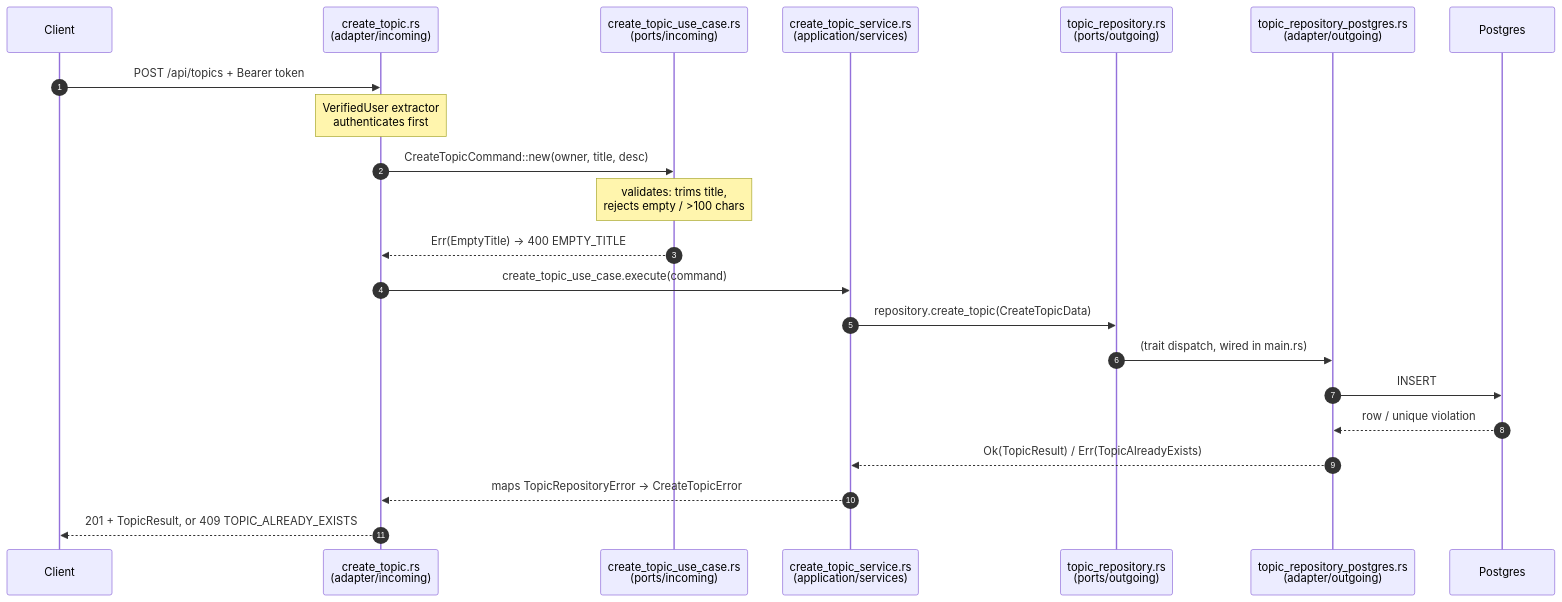
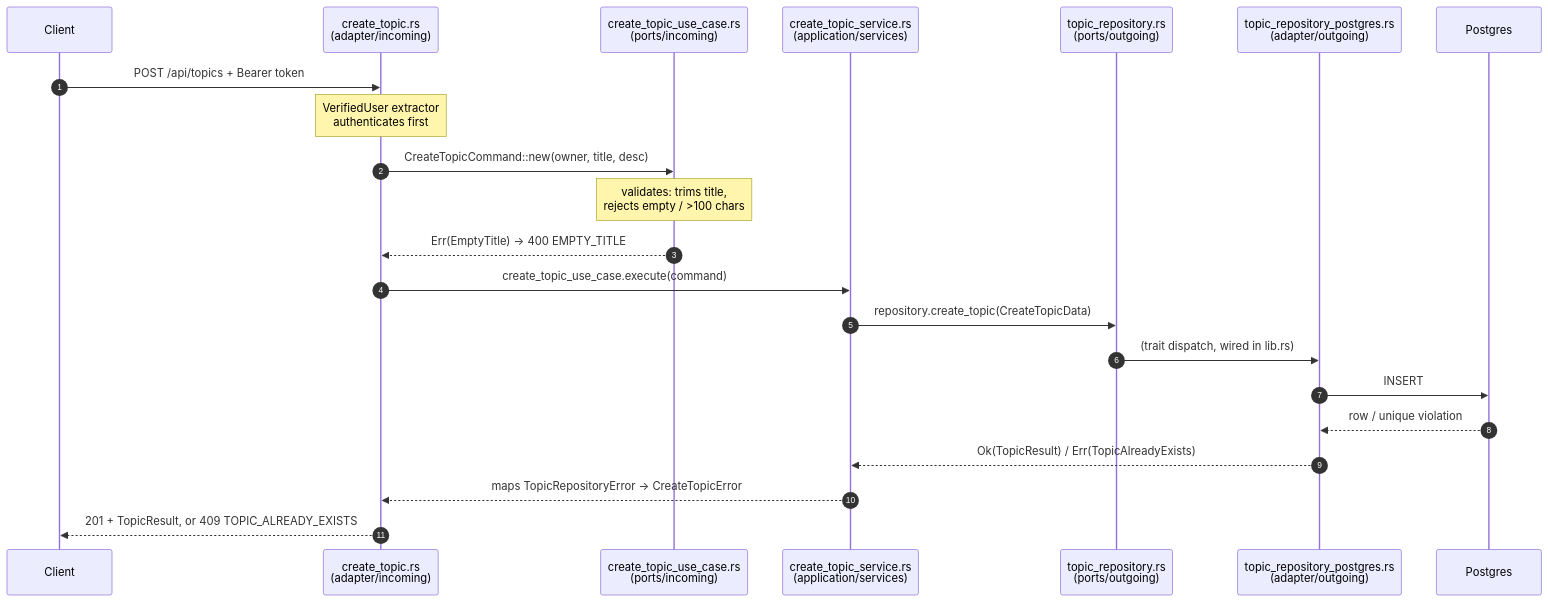
One commit to eklemis/port_blog_cms changed the second of 3 diagrams in backend_actix/docs/ARCHITECTURE.md. Above: the diagram before and after it, drawn with Mermaid. The commit also changed other lines of this file and 44 other files, not shown here.

````diff
--- a/backend_actix/docs/ARCHITECTURE.md
+++ b/backend_actix/docs/ARCHITECTURE.md
@@ -143,25 +145,25 @@
 ```mermaid
 sequenceDiagram
     autonumber
     participant C as Client
     participant R as create_topic.rs<br/>(adapter/incoming)
     participant P as create_topic_use_case.rs<br/>(ports/incoming)
     participant S as create_topic_service.rs<br/>(application/services)
     participant O as topic_repository.rs<br/>(ports/outgoing)
     participant A as topic_repository_postgres.rs<br/>(adapter/outgoing)
     participant DB as Postgres
 
     C->>R: POST /api/topics + Bearer token
     Note over R: VerifiedUser extractor<br/>authenticates first
     R->>P: CreateTopicCommand::new(owner, title, desc)
     Note over P: validates: trims title,<br/>rejects empty / >100 chars
     P-->>R: Err(EmptyTitle) → 400 EMPTY_TITLE
     R->>S: create_topic_use_case.execute(command)
     S->>O: repository.create_topic(CreateTopicData)
-    O->>A: (trait dispatch, wired in main.rs)
+    O->>A: (trait dispatch, wired in lib.rs)
     A->>DB: INSERT
     DB-->>A: row / unique violation
     A-->>S: Ok(TopicResult) / Err(TopicAlreadyExists)
     S-->>R: maps TopicRepositoryError → CreateTopicError
     R-->>C: 201 + TopicResult, or 409 TOPIC_ALREADY_EXISTS
 ```
````
